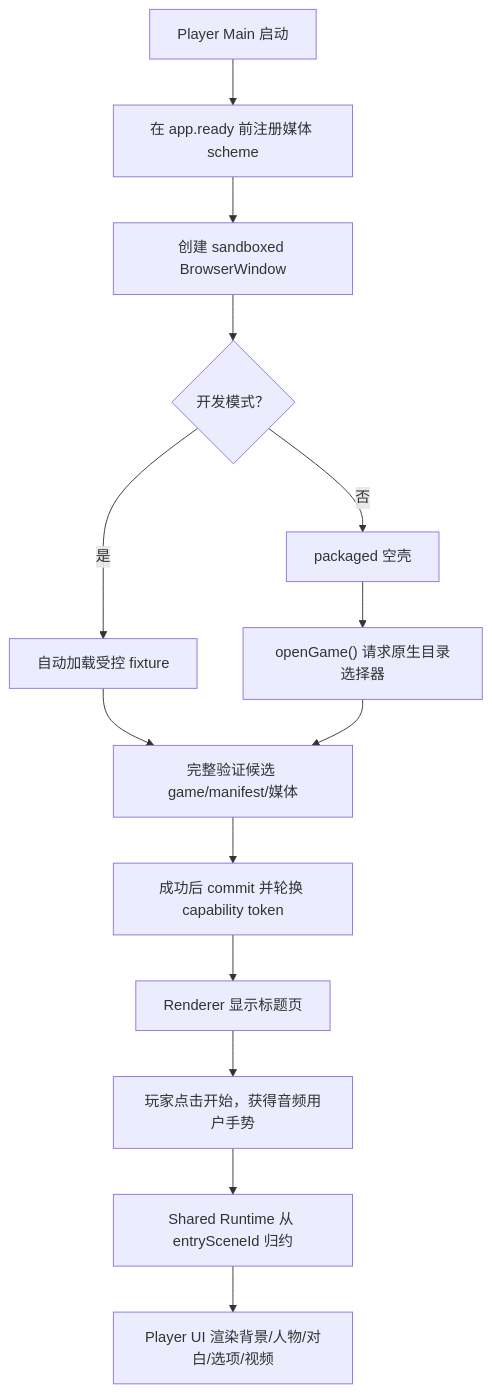
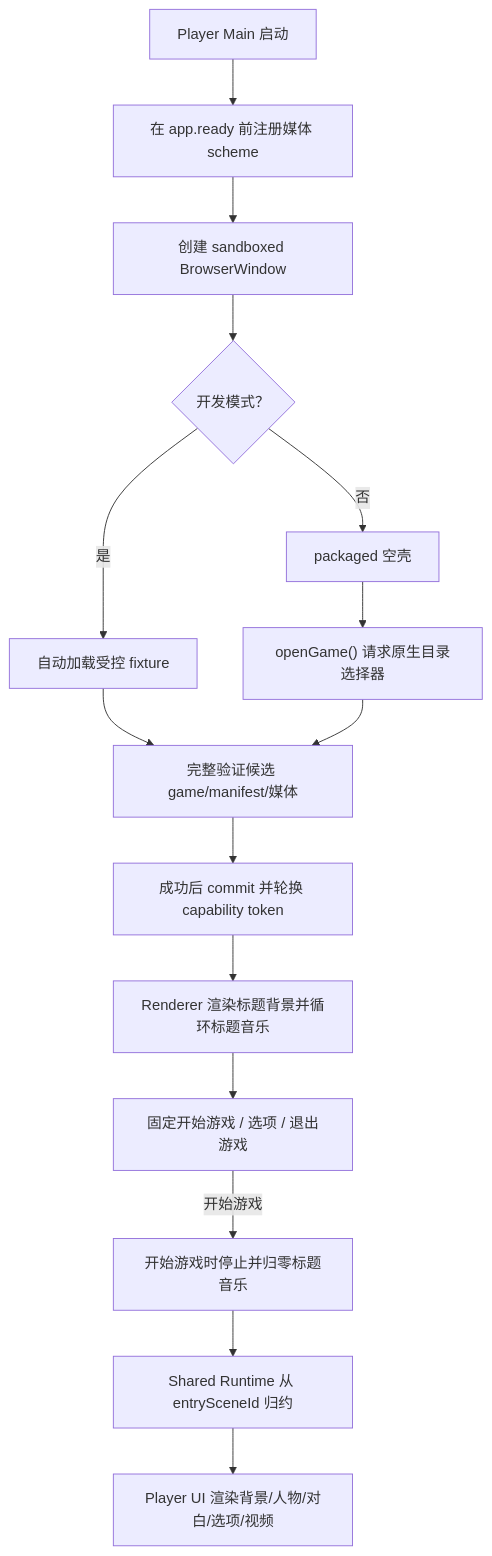
One commit to DarkboyRyan/Scratch-Novel-Engine changed the third of 3 diagrams in docs/game-export-player.md. Above: the diagram before and after it, drawn with Mermaid. The commit also changed other lines of this file and 130 other files, not shown here.

````diff
--- a/docs/game-export-player.md
+++ b/docs/game-export-player.md
@@ -423,22 +479,23 @@
 ```mermaid
 flowchart TD
   START["Player Main 启动"]
   SCHEME["在 app.ready 前注册媒体 scheme"]
   WINDOW["创建 sandboxed BrowserWindow"]
   MODE{"开发模式？"}
   FIXTURE["自动加载受控 fixture"]
   EMPTY["packaged 空壳"]
   PICKER["openGame() 请求原生目录选择器"]
   VERIFY["完整验证候选 game/manifest/媒体"]
   COMMIT["成功后 commit 并轮换 capability token"]
-  TITLE["Renderer 显示标题页"]
-  GESTURE["玩家点击开始，获得音频用户手势"]
+  TITLE["Renderer 渲染标题背景并循环标题音乐"]
+  MENU["固定开始游戏 / 选项 / 退出游戏"]
+  STOP["开始游戏时停止并归零标题音乐"]
   RUNTIME["Shared Runtime 从 entrySceneId 归约"]
   UI["Player UI 渲染背景/人物/对白/选项/视频"]
 
   START --> SCHEME --> WINDOW --> MODE
   MODE -->|"是"| FIXTURE --> VERIFY
   MODE -->|"否"| EMPTY --> PICKER --> VERIFY
-  VERIFY --> COMMIT --> TITLE
-  TITLE --> GESTURE --> RUNTIME --> UI
+  VERIFY --> COMMIT --> TITLE --> MENU
+  MENU -->|"开始游戏"| STOP --> RUNTIME --> UI
 ```
````
